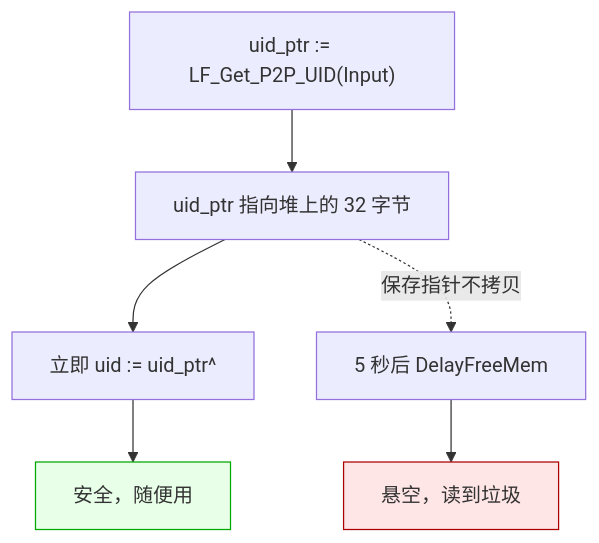
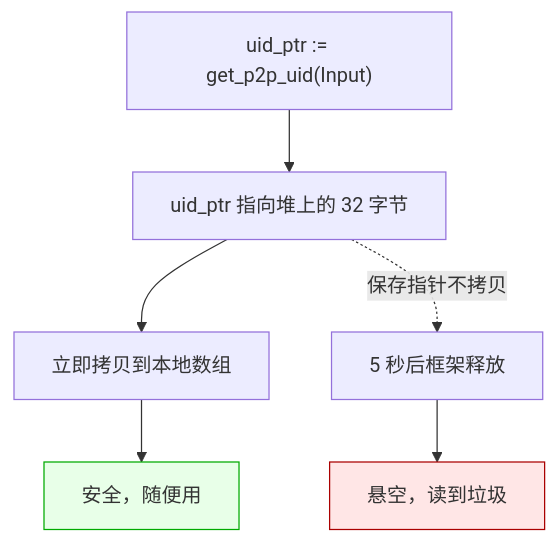
The second of 3 diagrams in doc/LF_P2P_Identity.md (PassByYou888/LingoFuse), drawn with Mermaid before and after one commit. The commit also changed other lines of this file, not shown here.

````diff
--- a/doc/LF_P2P_Identity.md
+++ b/doc/LF_P2P_Identity.md
@@ -70,12 +79,12 @@
 ```mermaid
 flowchart TD
-    A["uid_ptr := LF_Get_P2P_UID(Input)"] --> B["uid_ptr 指向堆上的 32 字节"]
-    B --> C["立即 uid := uid_ptr^"]
+    A["uid_ptr := get_p2p_uid(Input)"] --> B["uid_ptr 指向堆上的 32 字节"]
+    B --> C["立即拷贝到本地数组"]
     C --> D["安全，随便用"]
 
-    B -. "保存指针不拷贝" .-> E["5 秒后 DelayFreeMem"]
+    B -. "保存指针不拷贝" .-> E["5 秒后框架释放"]
     E --> F["悬空，读到垃圾"]
 
     style D fill:#e8ffe8,stroke:#0a0
     style F fill:#ffe6e6,stroke:#a00
 ```
````
